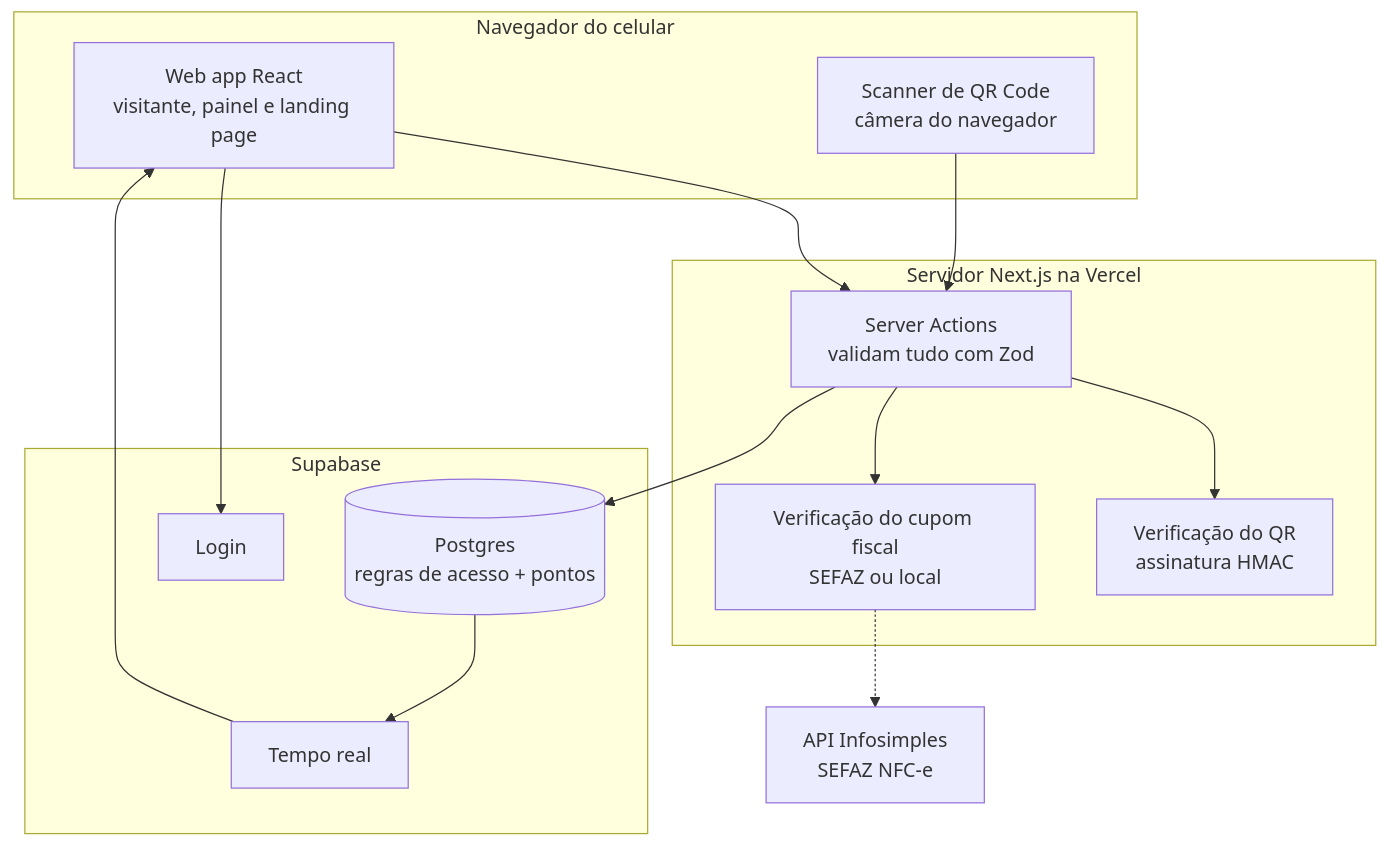
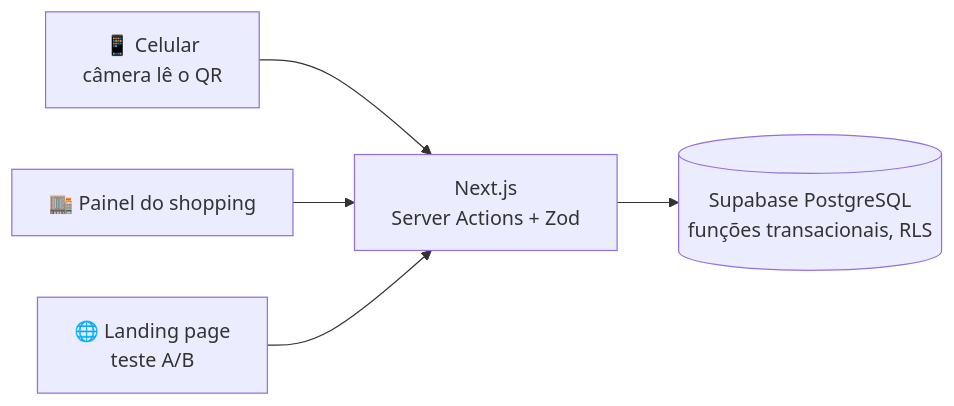
Before and after one commit to RohtiVM/26-growlithe: the diagram in README.md, drawn with Mermaid. The commit also changed other lines of this file and 4 other files, not shown here.

````diff
--- a/README.md
+++ b/README.md
@@ -134,27 +64,7 @@
 ```mermaid
-flowchart TB
-    subgraph Cliente["Navegador do celular"]
-        UI["Web app React<br/>visitante, painel e landing page"]
-        CAM["Scanner de QR Code<br/>câmera do navegador"]
-    end
-    subgraph Servidor["Servidor Next.js na Vercel"]
-        SA["Server Actions<br/>validam tudo com Zod"]
-        QR["Verificação do QR<br/>assinatura HMAC"]
-        RV["Verificação do cupom fiscal<br/>SEFAZ ou local"]
-    end
-    subgraph Supabase
-        AUTH["Login"]
-        PG[("Postgres<br/>regras de acesso + pontos")]
-        RT["Tempo real"]
-    end
-    INFO["API Infosimples<br/>SEFAZ NFC-e"]
-
-    UI --> SA
-    CAM --> SA
-    SA --> QR
-    SA --> RV
-    RV -.-> INFO
-    SA --> PG
-    UI --> AUTH
-    PG --> RT --> UI
+flowchart LR
+    C["📱 Celular<br/>câmera lê o QR"] --> N["Next.js<br/>Server Actions + Zod"]
+    N --> DB[("Supabase PostgreSQL<br/>funções transacionais, RLS")]
+    P["🏬 Painel do shopping"] --> N
+    L["🌐 Landing page<br/>teste A/B"] --> N
 ```
````
